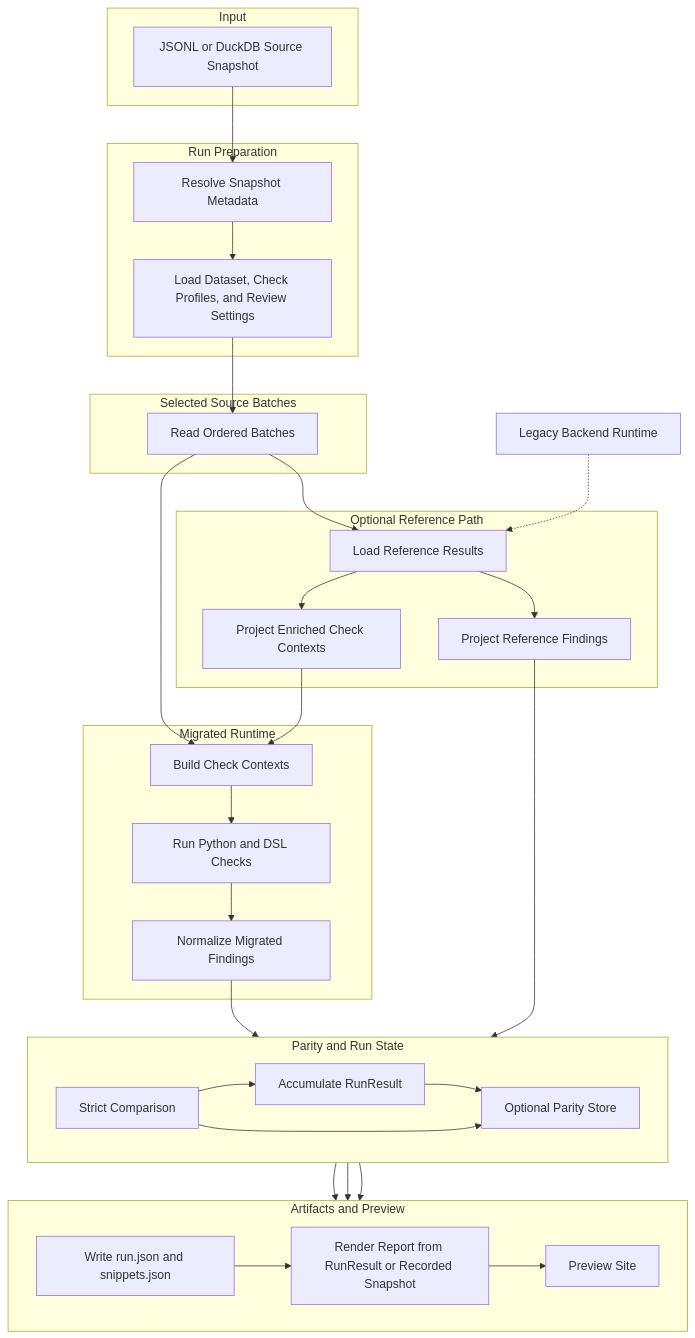
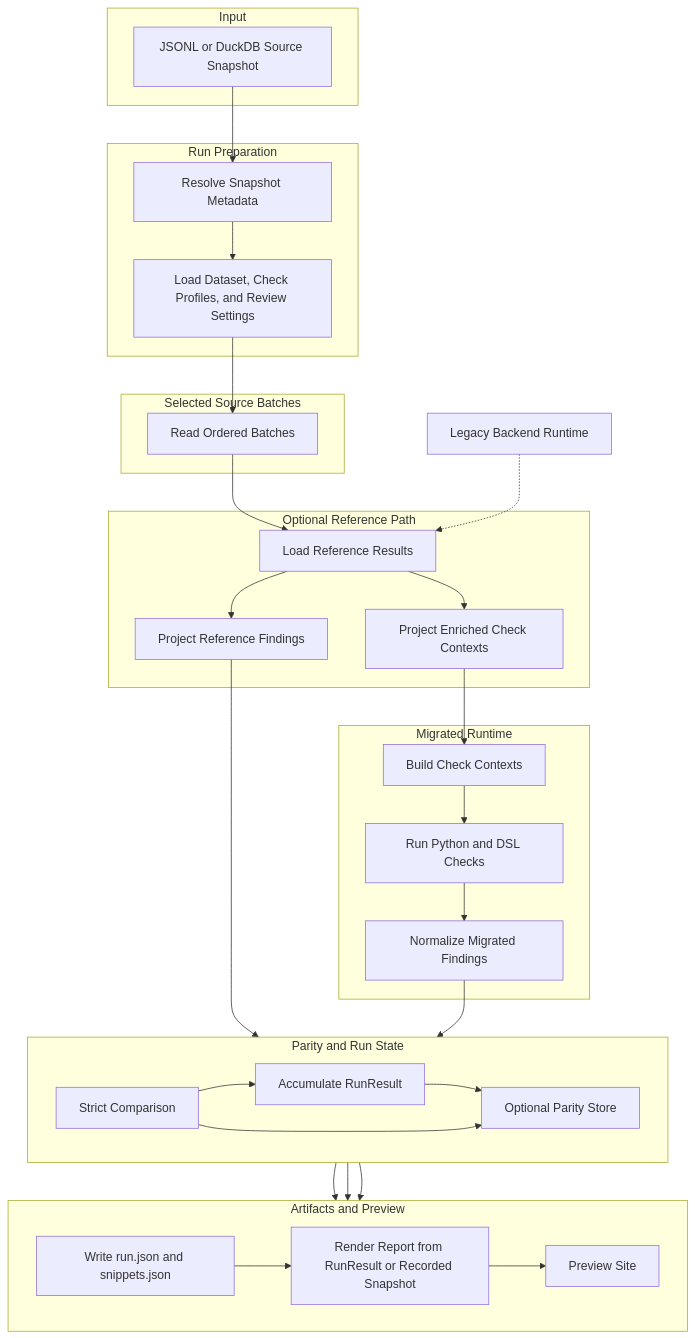
Before and after one commit to bobcorn/openfoodfacts-data-quality: the first of 3 diagrams in docs/explanation/migration-runs.md, drawn with Mermaid. The commit also changed other lines of this file and 57 other files, not shown here.

````diff
--- a/docs/explanation/migration-runs.md
+++ b/docs/explanation/migration-runs.md
@@ -10,63 +10,62 @@
 ```mermaid
 flowchart TB
     subgraph INPUT["Input"]
         A["JSONL or DuckDB Source Snapshot"]
     end
 
     subgraph PREP["Run Preparation"]
         D["Resolve Snapshot Metadata"]
         E["Load Dataset, Check Profiles, and Review Settings"]
         D --> E
     end
 
     subgraph SOURCE["Selected Source Batches"]
         H["Read Ordered Batches"]
     end
 
     subgraph REF["Optional Reference Path"]
         I["Load Reference Results"]
         J["Project Reference Findings"]
         K["Project Enriched Check Contexts"]
         I --> J
         I --> K
     end
 
     subgraph MIG["Migrated Runtime"]
         L["Build Check Contexts"]
         M["Run Python and DSL Checks"]
         N["Normalize Migrated Findings"]
         L --> M --> N
     end
 
     subgraph RUN["Parity and Run State"]
         direction LR
         O["Strict Comparison"]
         P["Accumulate RunResult"]
         Q["Optional Parity Store"]
         O --> P
         P --> Q
     end
 
     subgraph PRES["Artifacts and Preview"]
         direction LR
         R["Write run.json and snippets.json"]
         S["Render Report from RunResult or Recorded Snapshot"]
         T["Preview Site"]
         R --> S --> T
     end
 
     U["Legacy Backend Runtime"]
 
     A --> D
     E --> H
     H --> I
-    H --> L
     U -.-> I
     K --> L
     J --> O
     N --> O
     O --> Q
     P --> R
     P --> S
     Q --> S
 ```
````
